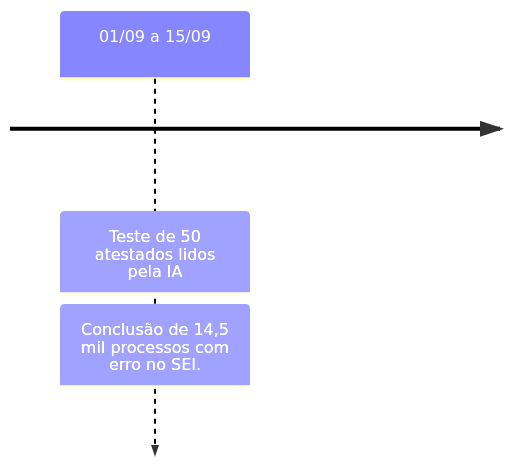
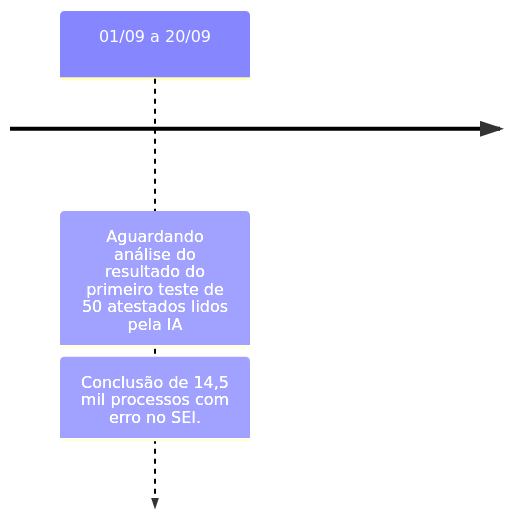
One commit to automatiza-mg/handbook changed the sixth of 6 diagrams in docs/linha_do_tempo/projeto_seplag_scpmso.md. Above: the diagram before and after it, drawn with Mermaid. The commit also changed other lines of this file, not shown here.

````diff
--- a/docs/linha_do_tempo/projeto_seplag_scpmso.md
+++ b/docs/linha_do_tempo/projeto_seplag_scpmso.md
@@ -66,5 +67,5 @@
     ```mermaid
     timeline
-        01/09 a 15/09 : Teste de 50 atestados lidos pela IA
+        01/09 a 20/09 : Aguardando análise do resultado do primeiro teste de 50 atestados lidos pela IA
                       : Conclusão de 14,5 mil processos com erro no SEI.
     ```
````
